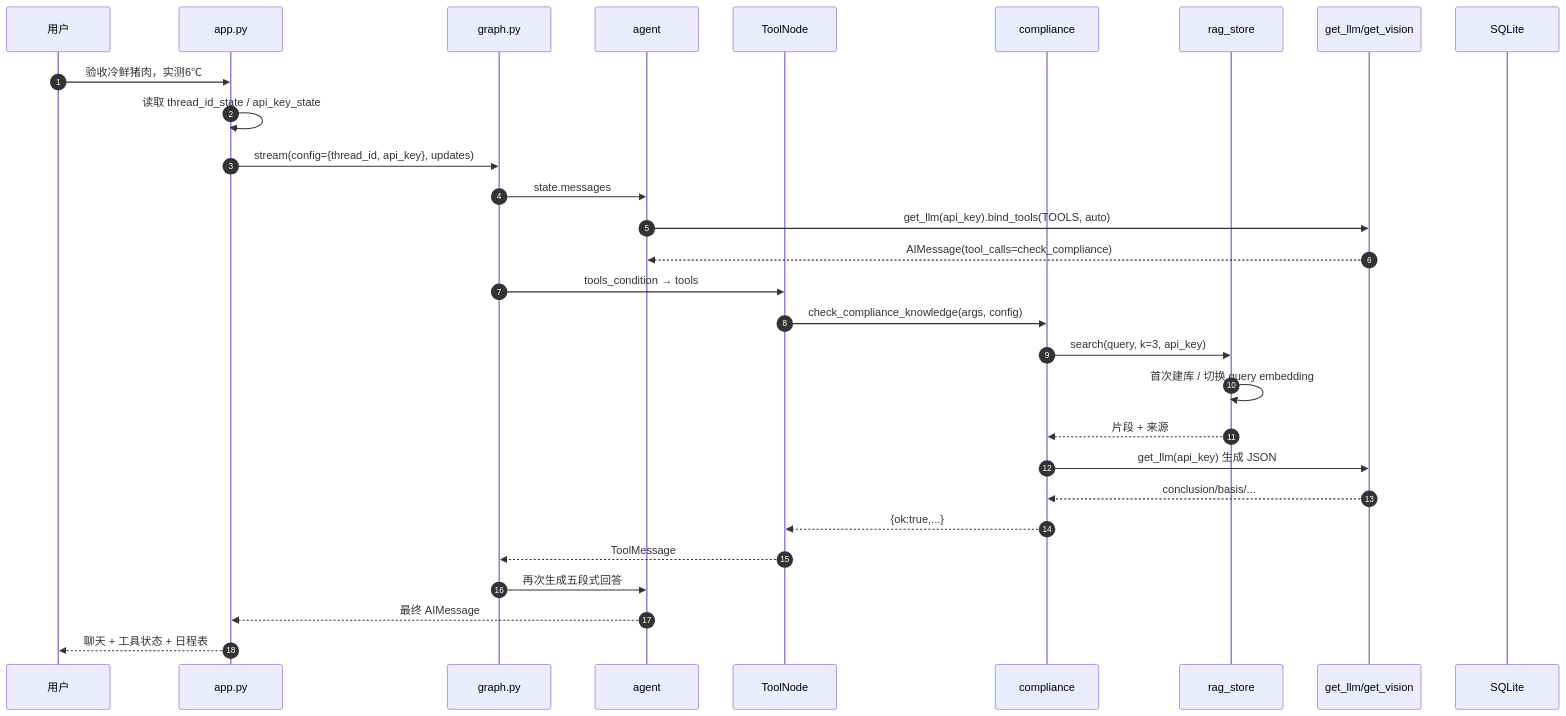
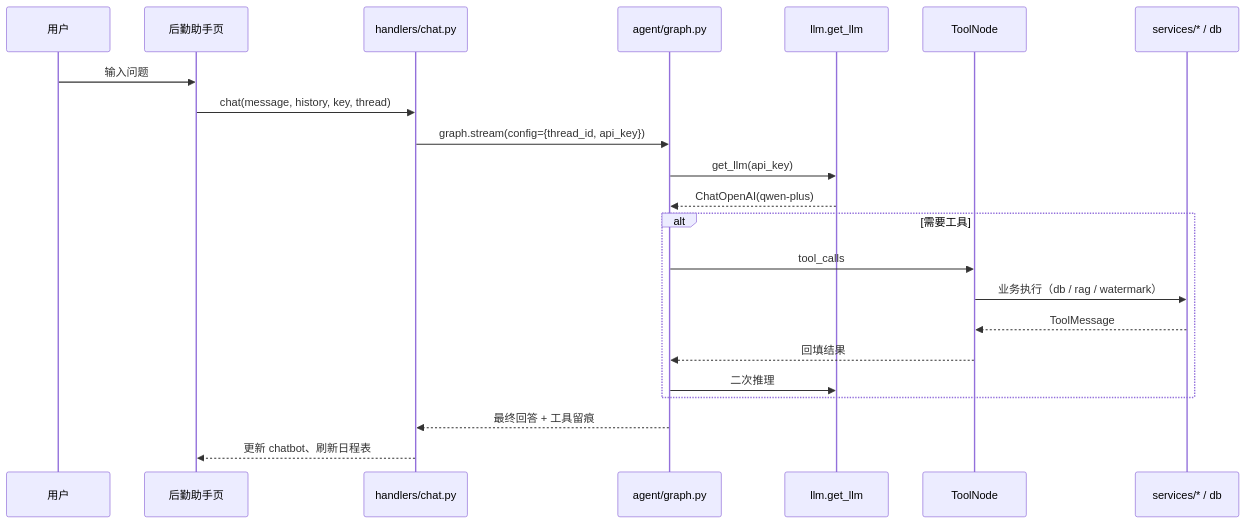
The second of 2 diagrams in ARCHITECTURE.md (Menquan754/DawnDine-Campus-Logistics), drawn with Mermaid before and after one commit. The commit also changed other lines of this file and 141 other files, not shown here.

````diff
--- a/ARCHITECTURE.md
+++ b/ARCHITECTURE.md
@@ -399,32 +169,25 @@
 ```mermaid
 sequenceDiagram
-    autonumber
     participant U as 用户
-    participant APP as app.py
-    participant G as graph.py
-    participant AG as agent
-    participant TN as ToolNode
-    participant CT as compliance
-    participant RAG as rag_store
-    participant QW as get_llm/get_vision
-    participant DB as SQLite
+    participant UI as 后勤助手页
+    participant H as handlers/chat.py
+    participant G as agent/graph.py
+    participant L as llm.get_llm
+    participant T as ToolNode
+    participant S as services/* / db
 
-    U->>APP: 验收冷鲜猪肉，实测6℃
-    APP->>APP: 读取 thread_id_state / api_key_state
-    APP->>G: stream(config={thread_id, api_key}, updates)
-    G->>AG: state.messages
-    AG->>QW: get_llm(api_key).bind_tools(TOOLS, auto)
-    QW-->>AG: AIMessage(tool_calls=check_compliance)
-    G->>TN: tools_condition → tools
-    TN->>CT: check_compliance_knowledge(args, config)
-    CT->>RAG: search(query, k=3, api_key)
-    RAG->>RAG: 首次建库 / 切换 query embedding
-    RAG-->>CT: 片段 + 来源
-    CT->>QW: get_llm(api_key) 生成 JSON
-    QW-->>CT: conclusion/basis/...
-    CT-->>TN: {ok:true,...}
-    TN-->>G: ToolMessage
-    G->>AG: 再次生成五段式回答
-    AG-->>APP: 最终 AIMessage
-    APP-->>U: 聊天 + 工具状态 + 日程表
+    U->>UI: 输入问题
+    UI->>H: chat(message, history, key, thread)
+    H->>G: graph.stream(config={thread_id, api_key})
+    G->>L: get_llm(api_key)
+    L-->>G: ChatOpenAI(qwen-plus)
+    alt 需要工具
+        G->>T: tool_calls
+        T->>S: 业务执行（db / rag / watermark）
+        S-->>T: ToolMessage
+        T-->>G: 回填结果
+        G->>L: 二次推理
+    end
+    G-->>H: 最终回答 + 工具留痕
+    H-->>UI: 更新 chatbot、刷新日程表
 ```
````
